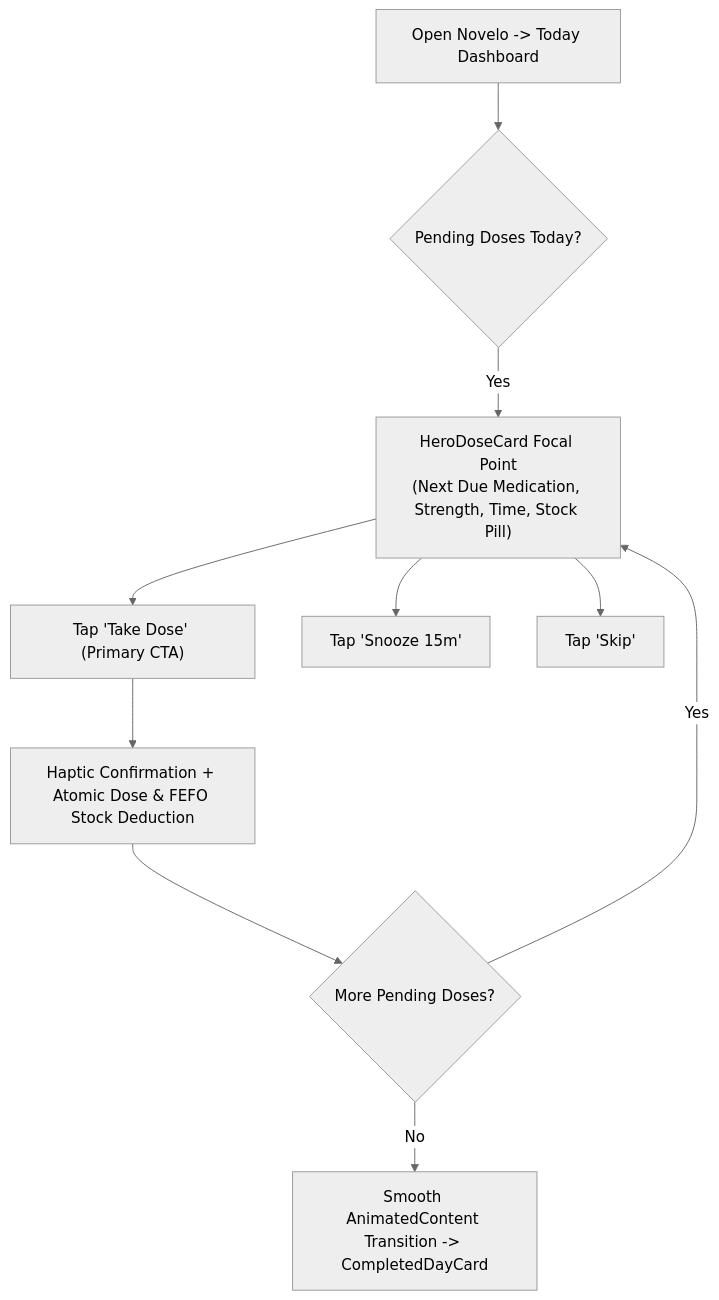
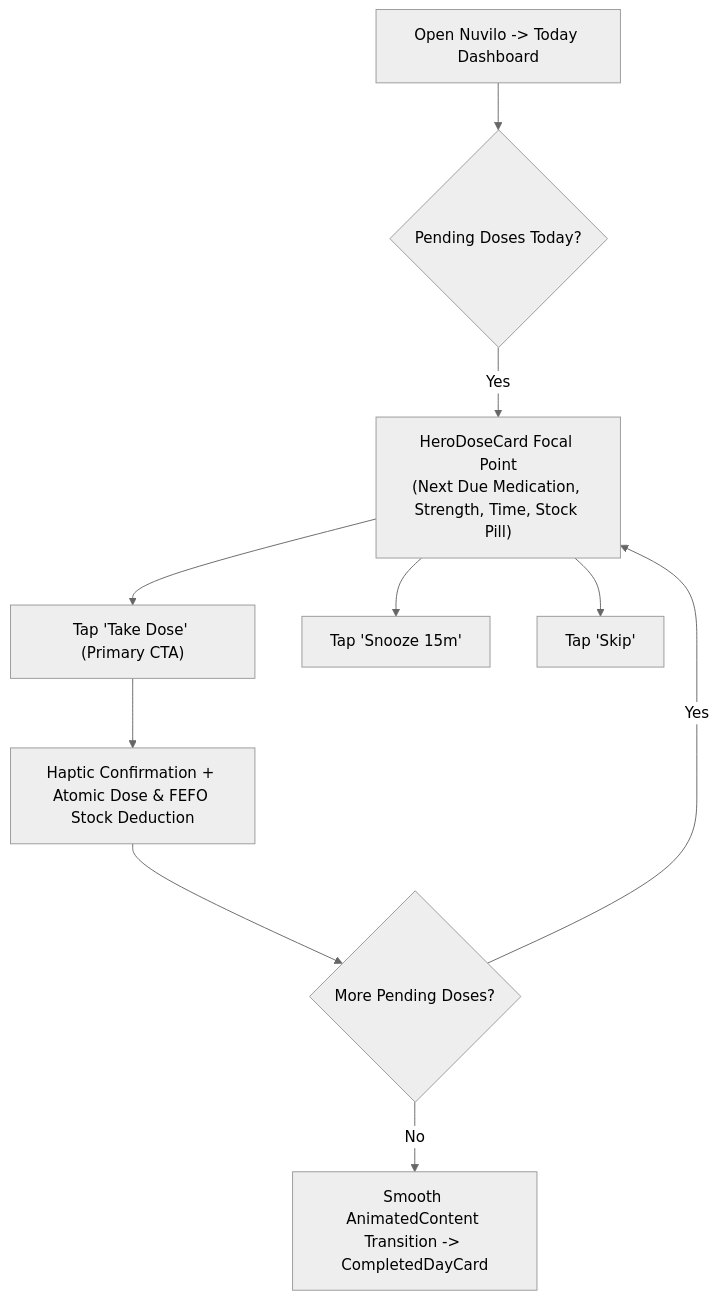
Before and after one commit to nev3rfind/nuvilo: the second of 7 diagrams in docs/ui-ux-audit/USER_JOURNEYS.md, drawn with Mermaid (neutral theme). The commit also changed other lines of this file and 61 other files, not shown here.

Commit message:
feat(branding): rename user-facing Novelo references to Nuvilo (#11)

````diff
--- a/docs/ui-ux-audit/USER_JOURNEYS.md
+++ b/docs/ui-ux-audit/USER_JOURNEYS.md
@@ -28,12 +28,12 @@
 ```mermaid
 flowchart TD
-    A["Open Novelo -> Today Dashboard"] --> B{"Pending Doses Today?"}
+    A["Open Nuvilo -> Today Dashboard"] --> B{"Pending Doses Today?"}
     B -- "Yes" --> C["HeroDoseCard Focal Point\n(Next Due Medication, Strength, Time, Stock Pill)"]
     C --> D["Tap 'Take Dose' (Primary CTA)"]
     C --> E["Tap 'Snooze 15m'"]
     C --> F["Tap 'Skip'"]
     D --> G["Haptic Confirmation + Atomic Dose & FEFO Stock Deduction"]
     G --> H{"More Pending Doses?"}
     H -- "Yes" --> C
     H -- "No" --> I["Smooth AnimatedContent Transition -> CompletedDayCard"]
 ```
````
